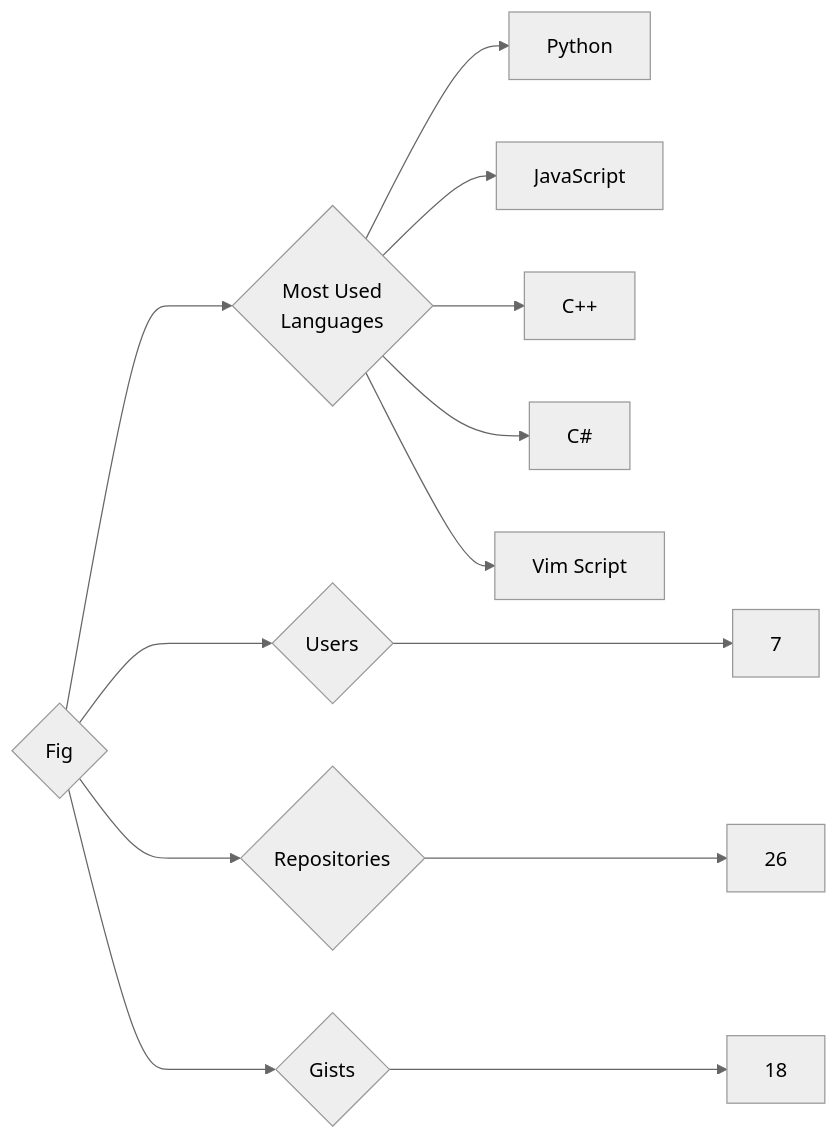
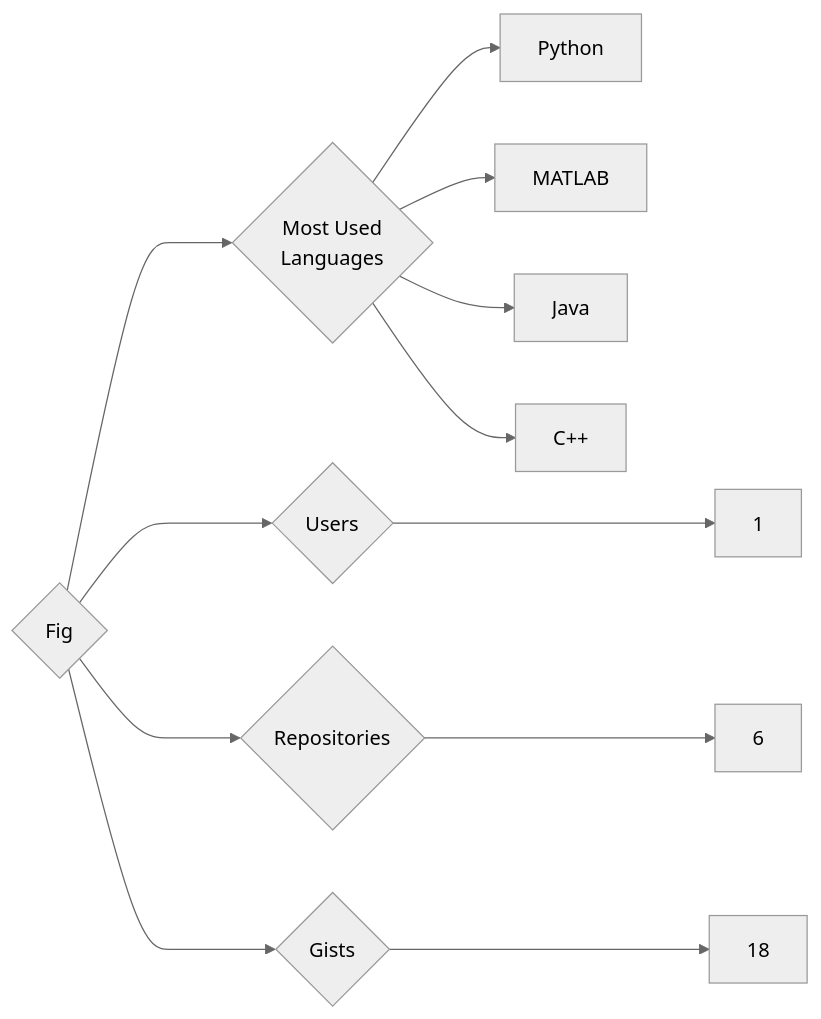
One commit to trickest/insiders changed the diagram in targets/Fig/README.md. Above: the diagram before and after it, drawn with Mermaid (neutral theme). The commit also changed 860 other files, not shown here.

````diff
--- a/targets/Fig/README.md
+++ b/targets/Fig/README.md
@@ -3,13 +3,12 @@
 ```mermaid
 graph LR
 COMPANY_NAME{Fig}
-COMPANY_NAME ---> U{Users} ---> UN[7]
-COMPANY_NAME ---> R{Repositories} ---> RN[26]
+COMPANY_NAME ---> U{Users} ---> UN[1]
+COMPANY_NAME ---> R{Repositories} ---> RN[6]
 COMPANY_NAME ---> G{Gists} ---> GN[18]
 COMPANY_NAME ---> ML{Most Used<br>Languages}
 ML --> Python[Python]
-ML --> JavaScript[JavaScript]
+ML --> MATLAB[MATLAB]
+ML --> Java[Java]
 ML --> C++[C++]
-ML --> C#[C#]
-ML --> Vim_Script[Vim Script]
 ```
````
